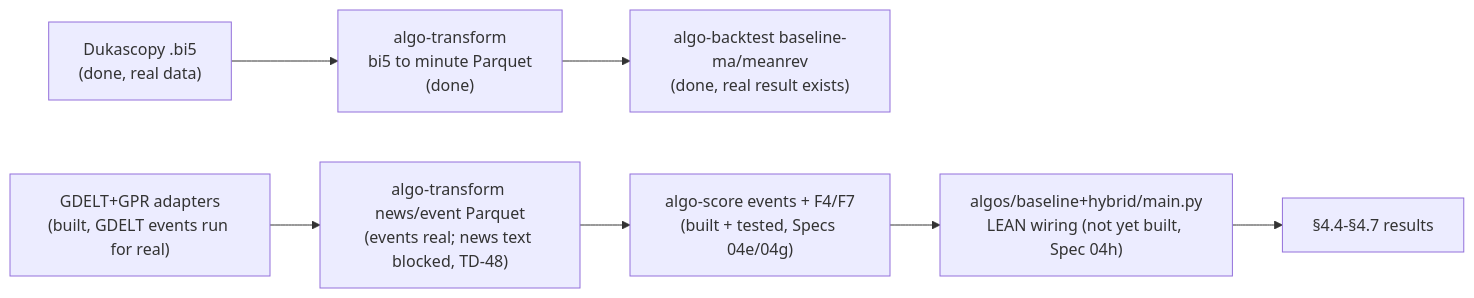
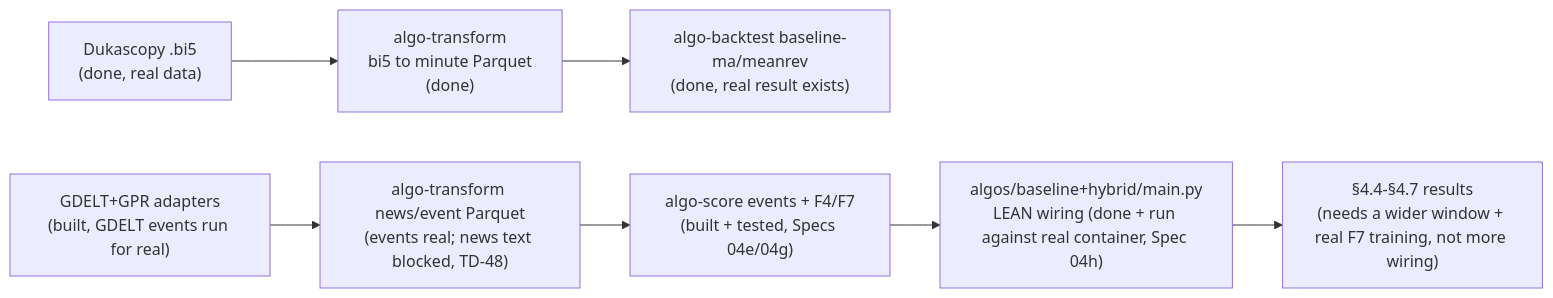
The diagram in algo-suite/docs/ch04-deliverables.md (wbsouza/mba-icmc), drawn with Mermaid before and after one commit. The commit also changed other lines of this file and 31 other files, not shown here.

````diff
--- a/algo-suite/docs/ch04-deliverables.md
+++ b/algo-suite/docs/ch04-deliverables.md
@@ -53,9 +54,9 @@
 ```mermaid
 flowchart LR
     A["Dukascopy .bi5<br/>(done, real data)"] --> B["algo-transform<br/>bi5 to minute Parquet<br/>(done)"]
     B --> C["algo-backtest baseline-ma/meanrev<br/>(done, real result exists)"]
     D["GDELT+GPR adapters<br/>(built, GDELT events run for real)"] --> E["algo-transform news/event Parquet<br/>(events real; news text blocked, TD-48)"]
     E --> F["algo-score events + F4/F7<br/>(built + tested, Specs 04e/04g)"]
-    F --> G["algos/baseline+hybrid/main.py<br/>LEAN wiring (not yet built, Spec 04h)"]
-    G --> H["§4.4-§4.7 results"]
+    F --> G["algos/baseline+hybrid/main.py<br/>LEAN wiring (done + run against real container, Spec 04h)"]
+    G --> H["§4.4-§4.7 results<br/>(needs a wider window + real F7 training, not more wiring)"]
 ```
````
